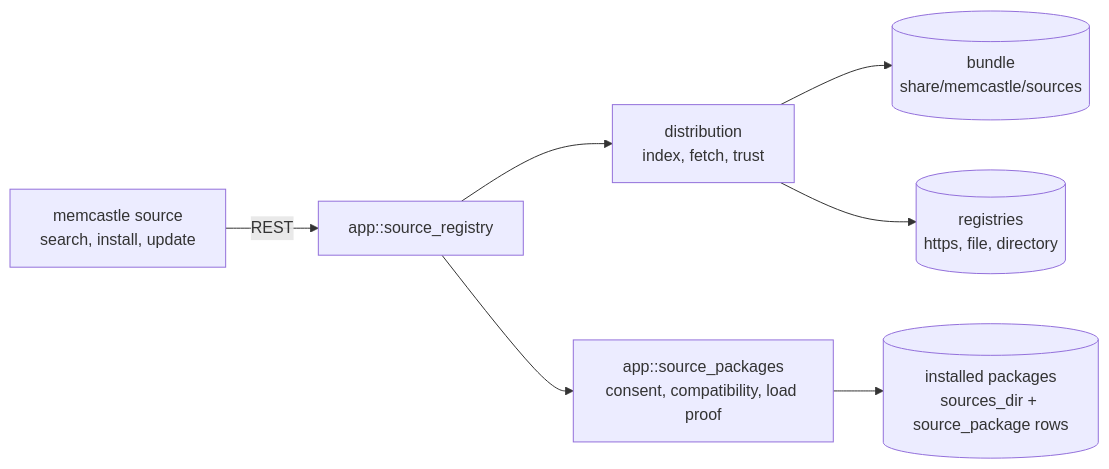
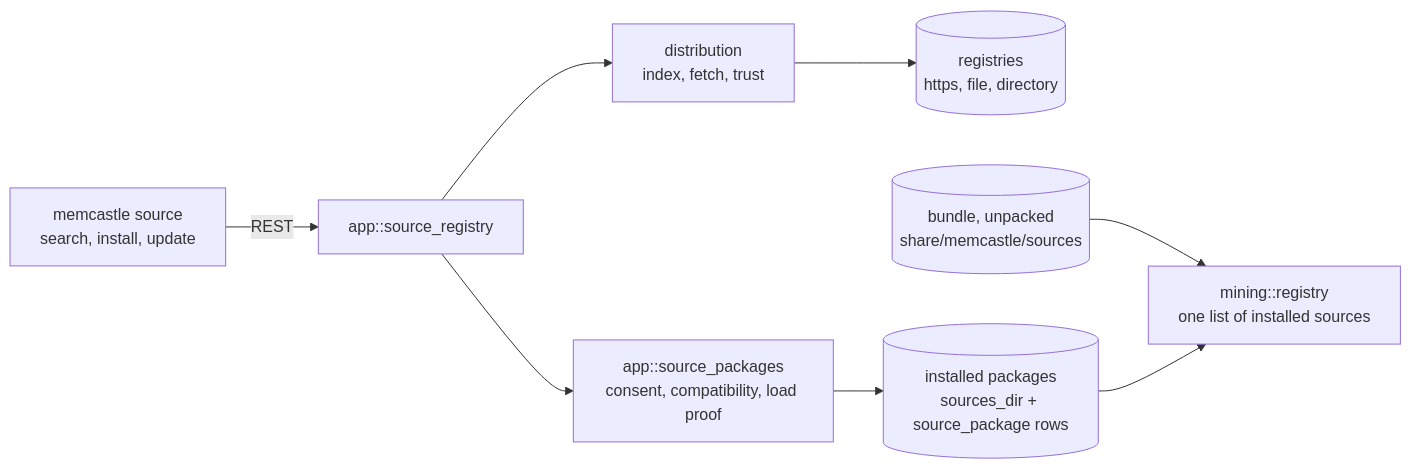
Before and after one commit to noirbizarre/memcastle: diagram 12 of 13 in docs/architecture.md, drawn with Mermaid. The commit also changed other lines of this file and 50 other files, not shown here.

Commit message:
feat(mining)!: install bundled sources from the start and publish the official registry (#227)

````diff
--- a/docs/architecture.md
+++ b/docs/architecture.md
@@ -662,9 +664,10 @@
 ```mermaid
 flowchart LR
     CLI["memcastle source<br/>search, install, update"] -- REST --> APP["app::source_registry"]
     APP --> DIST["distribution<br/>index, fetch, trust"]
-    DIST --> BUN[("bundle<br/>share/memcastle/sources")]
     DIST --> REGS[("registries<br/>https, file, directory")]
     APP --> INST["app::source_packages<br/>consent, compatibility, load proof"]
     INST --> PKG[("installed packages<br/>sources_dir + source_package rows")]
+    BUN[("bundle, unpacked<br/>share/memcastle/sources")] --> LIST["mining::registry<br/>one list of installed sources"]
+    PKG --> LIST
 ```
````
